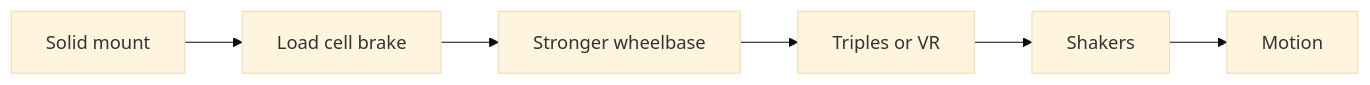
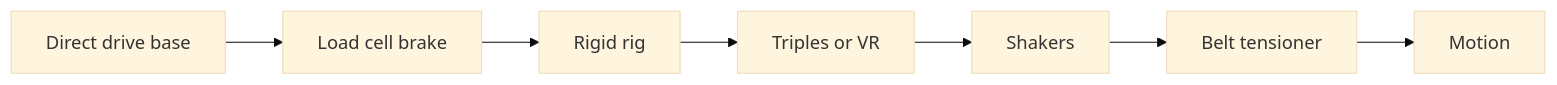
Before and after one commit to johnjp15/sim-racing-guide: the diagram in docs/start/buying.md, drawn with Mermaid (base theme). The commit also changed other lines of this file and 10 other files, not shown here.

````diff
--- a/docs/start/buying.md
+++ b/docs/start/buying.md
@@ -19,4 +19,4 @@
 ```mermaid
 flowchart LR
-    A[Solid mount] --> B[Load cell brake] --> C[Stronger wheelbase] --> D[Triples or VR] --> E[Shakers] --> F[Motion]
+    A[Direct drive base] --> B[Load cell brake] --> C[Rigid rig] --> D[Triples or VR] --> E[Shakers] --> F[Belt tensioner] --> G[Motion]
 ```
````
